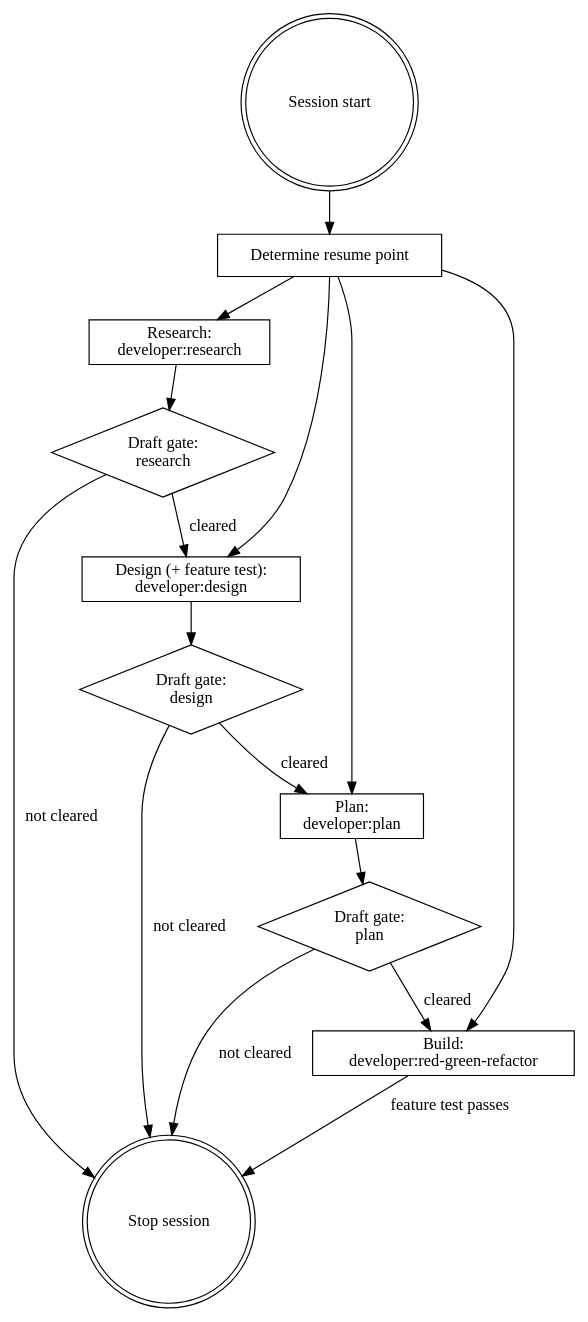
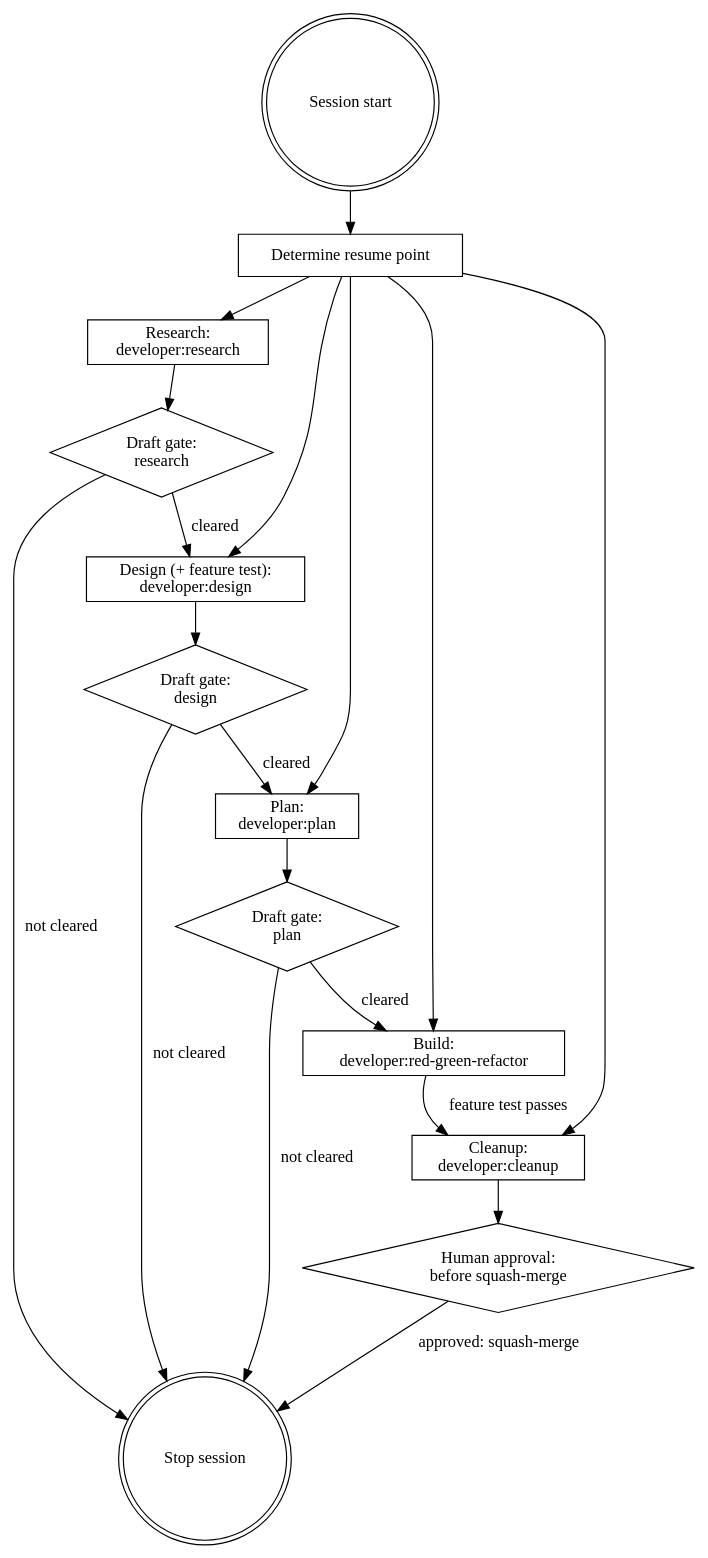
Before and after one commit to DavidSouther/domain-driven-design: the diagram in developer/e2e/context/skills/ailly/SKILL.md, drawn with Graphviz. The commit also changed other lines of this file and 12 other files, not shown here.

````diff
--- a/developer/e2e/context/skills/ailly/SKILL.md
+++ b/developer/e2e/context/skills/ailly/SKILL.md
@@ -34,34 +37,39 @@
 ```dot
 digraph run {
     start [shape=doublecircle label="Session start"];
     resume [shape=box label="Determine resume point"];
     research [shape=box label="Research:\ndeveloper:research"];
     gate_research [shape=diamond label="Draft gate:\nresearch"];
     design [shape=box label="Design (+ feature test):\ndeveloper:design"];
     gate_design [shape=diamond label="Draft gate:\ndesign"];
     planning [shape=box label="Plan:\ndeveloper:plan"];
     gate_plan [shape=diamond label="Draft gate:\nplan"];
     rgr [shape=box label="Build:\ndeveloper:red-green-refactor"];
+    cleanup [shape=box label="Cleanup:\ndeveloper:cleanup"];
+    gate_merge [shape=diamond label="Human approval:\nbefore squash-merge"];
     stop [shape=doublecircle label="Stop session"];
 
     start -> resume;
     resume -> research;
     resume -> design;
     resume -> planning;
     resume -> rgr;
+    resume -> cleanup;
 
     research -> gate_research;
     gate_research -> stop [label="not cleared"];
     gate_research -> design [label="cleared"];
 
     design -> gate_design;
     gate_design -> stop [label="not cleared"];
     gate_design -> planning [label="cleared"];
 
     planning -> gate_plan;
     gate_plan -> stop [label="not cleared"];
     gate_plan -> rgr [label="cleared"];
 
-    rgr -> stop [label="feature test passes"];
+    rgr -> cleanup [label="feature test passes"];
+    cleanup -> gate_merge;
+    gate_merge -> stop [label="approved: squash-merge"];
 }
 ```
````
